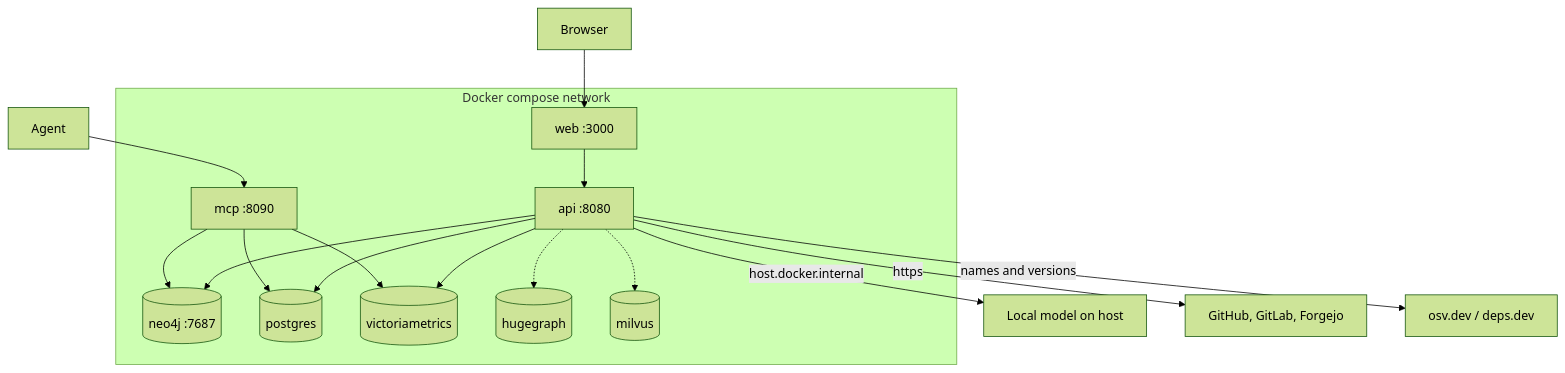
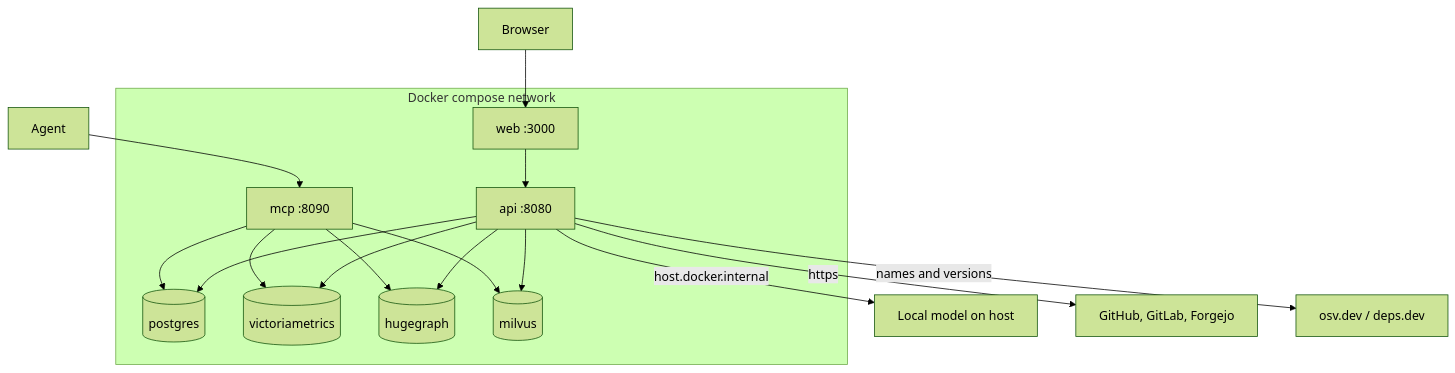
One commit to astrona-io/codesynapse changed the first of 4 diagrams in docs/operations/running.md. Above: the diagram before and after it, drawn with Mermaid (forest theme). The commit also changed other lines of this file and 53 other files, not shown here.

First line of the commit message:
refactor: remove Neo4j; HugeGraph with Milvus is the only graph database

````diff
--- a/docs/operations/running.md
+++ b/docs/operations/running.md
@@ -25,27 +24,26 @@
 ```mermaid
 flowchart TB
     subgraph host[Docker compose network]
         web[web :3000]
         api[api :8080]
         mcp[mcp :8090]
-        neo[(neo4j :7687)]
         pg[(postgres)]
         vm[(victoriametrics)]
         hg[(hugegraph)]
         mv[(milvus)]
     end
     user[Browser] --> web
     agent[Agent] --> mcp
     web --> api
-    api --> neo
-    mcp --> neo
+    api --> hg
+    mcp --> hg
+    api --> mv
+    mcp --> mv
     api --> pg
     mcp --> pg
-    api -.-> hg
-    api -.-> mv
     api --> vm
     mcp --> vm
     api -- host.docker.internal --> llm[Local model on host]
     api -- https --> forge[GitHub, GitLab, Forgejo]
     api -- names and versions --> osv[osv.dev / deps.dev]
 ```
````
